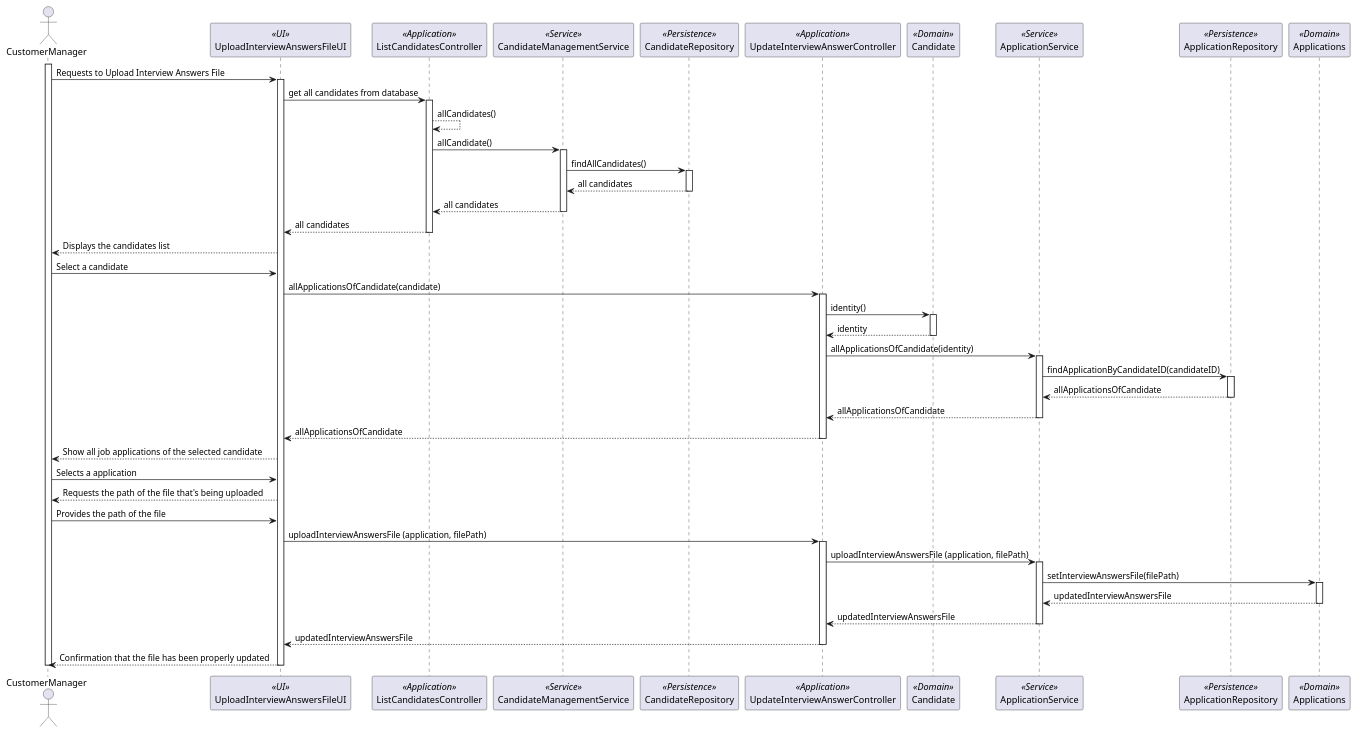
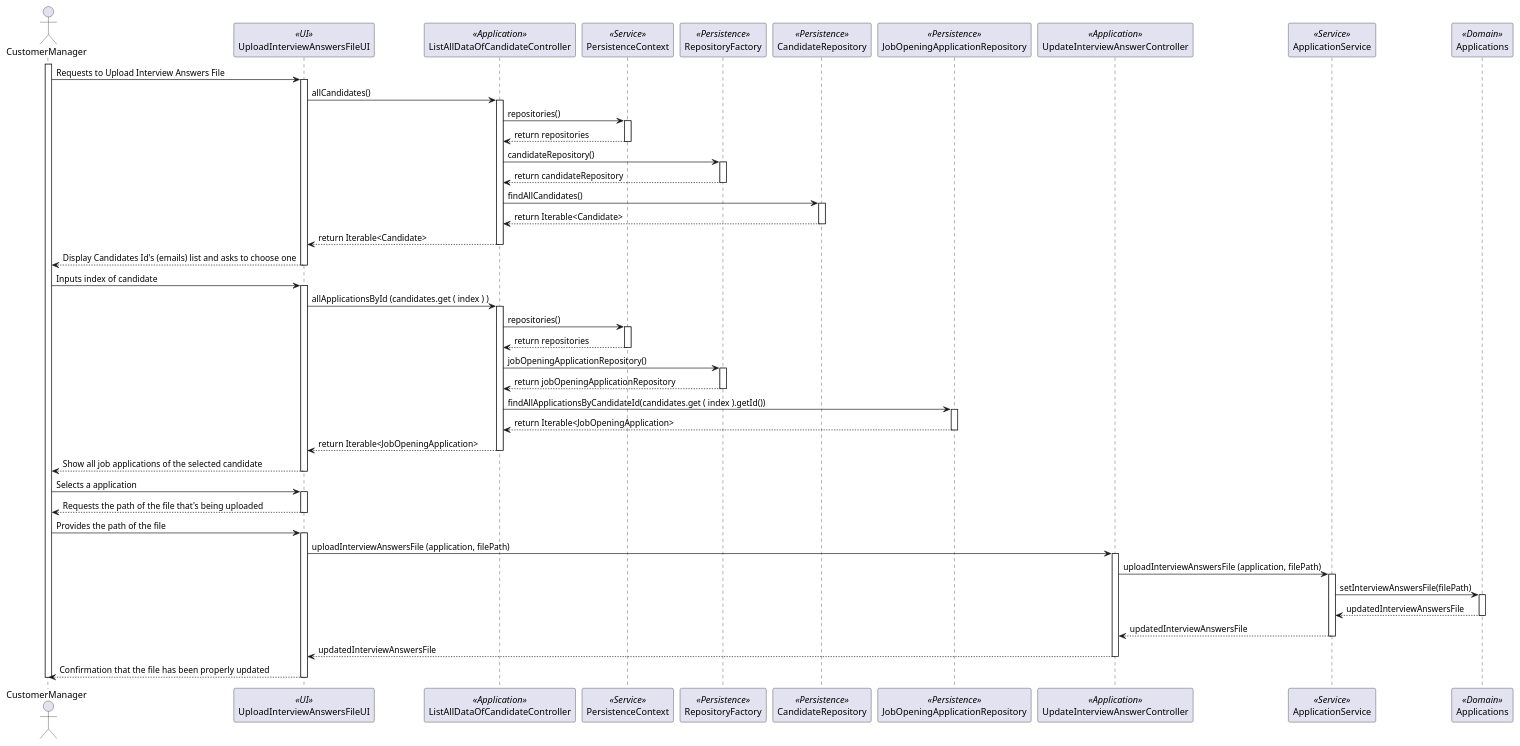
The diagram in docs/sprintC/1017/1017-sequence-diagram.puml (marcoferreira37/Lapr4), drawn with PlantUML before and after one commit. The commit also changed 4 other files, not shown here.

```diff
--- a/docs/sprintC/1017/1017-sequence-diagram.puml
+++ b/docs/sprintC/1017/1017-sequence-diagram.puml
@@ -1,83 +1,86 @@
 @startuml
 
 actor CustomerManager as CM
 participant UploadInterviewAnswersFileUI as UI <<UI>>
-participant ListCandidatesController as CTRLList <<Application>>
-participant CandidateManagementService as UMS <<Service>>
-participant CandidateRepository as CRepo <<Persistence>>
+participant ListAllDataOfCandidateController as C <<Application>>
+participant "PersistenceContext" as P <<Service>>
+participant "RepositoryFactory" as RF <<Persistence>>
+participant "CandidateRepository" as CR <<Persistence>>
+participant "JobOpeningApplicationRepository" as JAR <<Persistence>>
+
 participant UpdateInterviewAnswerController as CTRL <<Application>>
-participant Candidate as CAN <<Domain>>
 participant ApplicationService as APPS <<Service>>
-participant ApplicationRepository AS APPRepo <<Persistence>>
 participant Applications as Aps <<Domain>>
 
 
 
 
 activate CM
-
 CM -> UI: Requests to Upload Interview Answers File
 activate UI
+UI -> C : allCandidates()
+activate C
+C -> P: repositories()
+activate P
+P --> C: return repositories
+deactivate P
+C -> RF: candidateRepository()
+activate RF
+RF --> C: return candidateRepository
+deactivate RF
+C -> CR: findAllCandidates()
+activate CR
+CR --> C: return Iterable<Candidate>
+deactivate CR
+C --> UI: return Iterable<Candidate>
+deactivate C
+UI --> CM: Display Candidates Id's (emails) list and asks to choose one
+deactivate UI
+CM->UI: Inputs index of candidate
+activate UI
+UI -> C: allApplicationsById (candidates.get ( index ) )
+activate C
+C -> P: repositories()
+activate P
+P --> C: return repositories
+deactivate P
+C -> RF: jobOpeningApplicationRepository()
+activate RF
+RF --> C: return jobOpeningApplicationRepository
+deactivate RF
+C -> JAR: findAllApplicationsByCandidateId(candidates.get ( index ).getId())
+activate JAR
+JAR --> C: return Iterable<JobOpeningApplication>
+deactivate JAR
+C --> UI: return Iterable<JobOpeningApplication>
+deactivate C
 
 
-UI-> CTRLList: get all candidates from database
-activate CTRLList
-CTRLList-->CTRLList:allCandidates()
-CTRLList-> UMS : allCandidate()
-activate UMS
-UMS->CRepo: findAllCandidates()
-activate CRepo
-CRepo --> UMS: all candidates
-deactivate CRepo
-UMS-->CTRLList: all candidates
-deactivate UMS
-CTRLList-->UI : all candidates
-deactivate CTRLList
-UI --> CM:Displays the candidates list
 
-CM->UI : Select a candidate
 
-UI -> CTRL: allApplicationsOfCandidate(candidate)
-activate CTRL
-
-CTRL -> CAN : identity()
-activate CAN
-CAN --> CTRL : identity
-deactivate CAN
-
-CTRL -> APPS : allApplicationsOfCandidate(identity)
-activate APPS
-APPS -> APPRepo: findApplicationByCandidateID(candidateID)
-activate APPRepo
-APPRepo--> APPS: allApplicationsOfCandidate
-deactivate APPRepo
-
-APPS-->CTRL : allApplicationsOfCandidate
-
-deactivate APPS
-CTRL-->UI:allApplicationsOfCandidate
-deactivate CTRL
 UI--> CM : Show all job applications of the selected candidate
-
+deactivate UI
 CM->UI : Selects a application
+activate UI
 UI-->CM: Requests the path of the file that's being uploaded
+deactivate UI
 CM->UI: Provides the path of the file
-
+activate UI
 UI->CTRL : uploadInterviewAnswersFile (application, filePath)
 activate CTRL
 CTRL->APPS: uploadInterviewAnswersFile (application, filePath)
 activate APPS
 APPS->Aps:setInterviewAnswersFile(filePath)
 activate Aps
 Aps-->APPS: updatedInterviewAnswersFile
 deactivate Aps
 APPS-->CTRL: updatedInterviewAnswersFile
 deactivate APPS
 CTRL-->UI: updatedInterviewAnswersFile
 deactivate CTRL
 UI-->CM : Confirmation that the file has been properly updated
 deactivate UI
 
 deactivate CM
 
 @enduml
```
